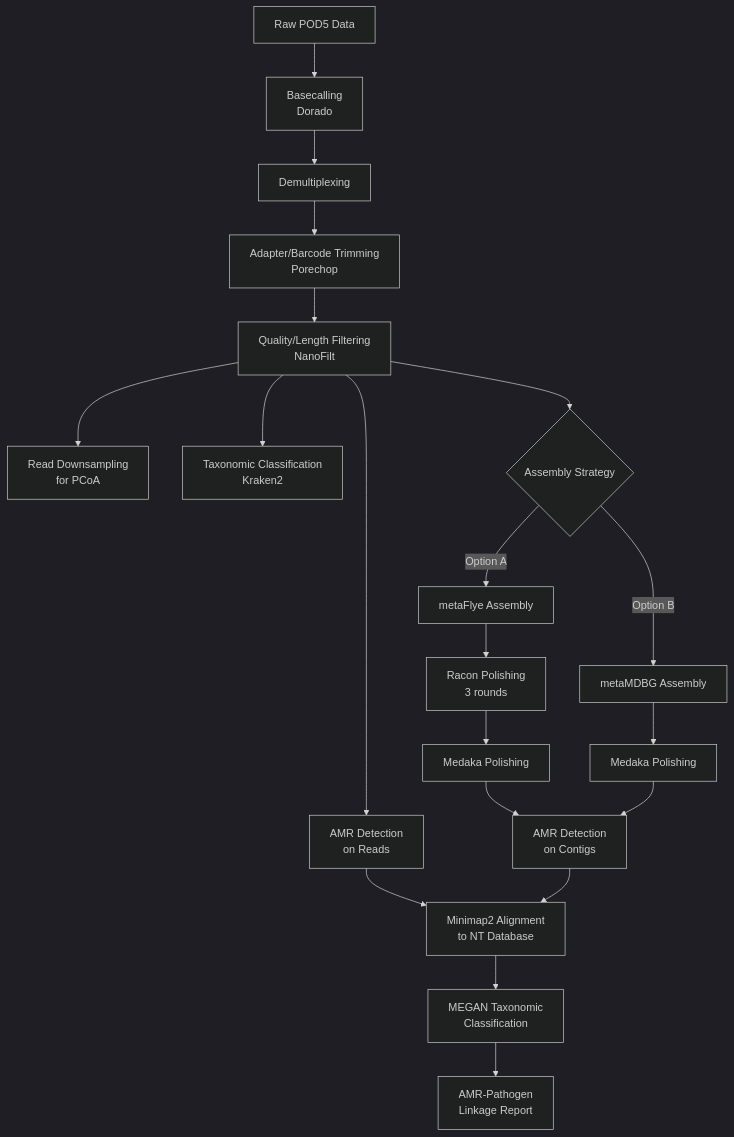
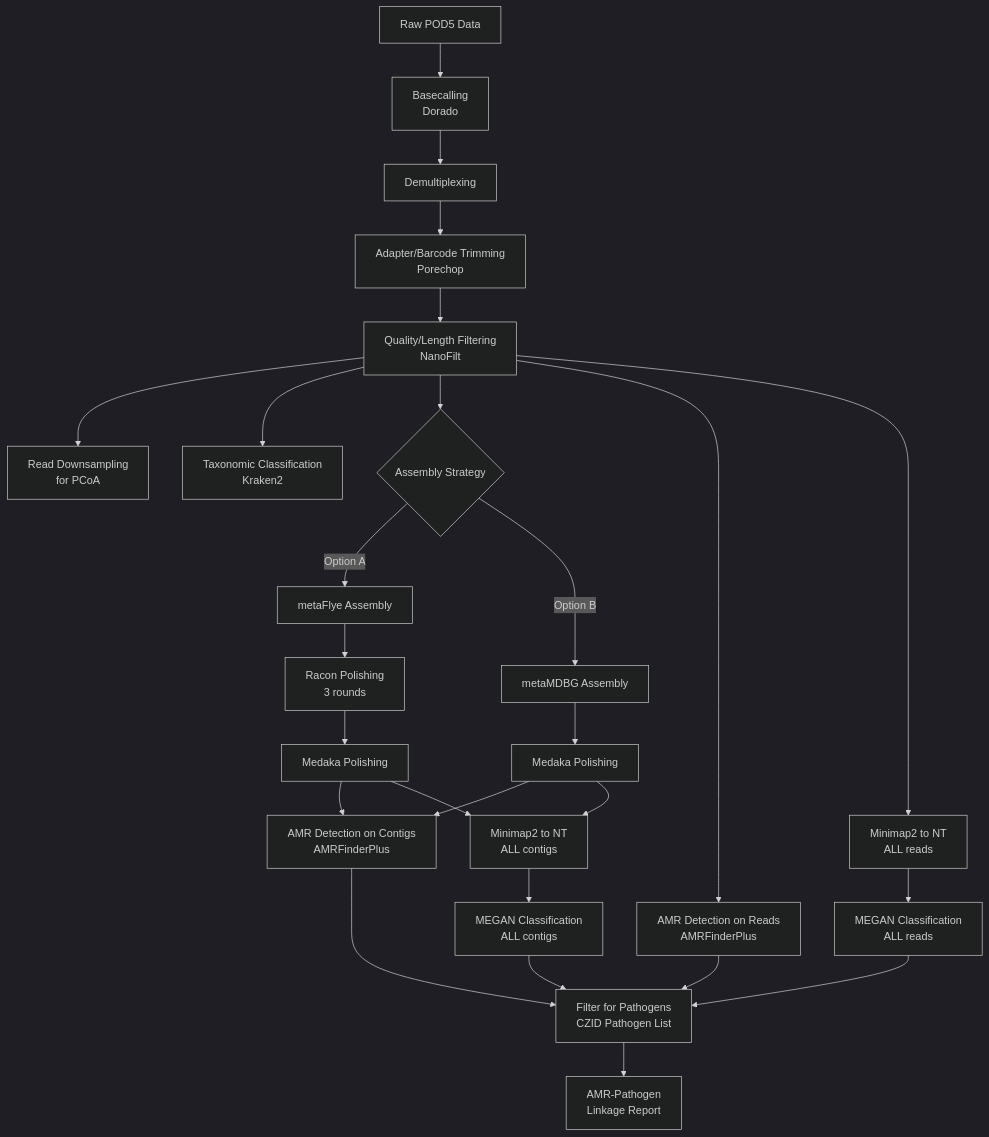
The diagram in dna_shotgun_analysis_pipeline.md (ttmgr/Wetland_Health), drawn with Mermaid (dark theme) before and after one commit.

````diff
--- a/dna_shotgun_analysis_pipeline.md
+++ b/dna_shotgun_analysis_pipeline.md
@@ -35,22 +35,33 @@
 ```mermaid
 graph TD
-    A[Raw POD5 Data] --> B[Basecalling<br/>Dorado]
+     A[Raw POD5 Data] --> B[Basecalling<br/>Dorado]
     B --> C[Demultiplexing]
     C --> D[Adapter/Barcode Trimming<br/>Porechop]
     D --> E[Quality/Length Filtering<br/>NanoFilt]
     E --> F[Read Downsampling<br/>for PCoA]
     E --> G[Taxonomic Classification<br/>Kraken2]
     E --> H{Assembly Strategy}
     H -->|Option A| I[metaFlye Assembly]
     H -->|Option B| J[metaMDBG Assembly]
     I --> K[Racon Polishing<br/>3 rounds]
     K --> L[Medaka Polishing]
     J --> M[Medaka Polishing]
-    E --> N[AMR Detection<br/>on Reads]
-    L --> O[AMR Detection<br/>on Contigs]
+    
+    E --> N[AMR Detection on Reads<br/>AMRFinderPlus]
+    L --> O[AMR Detection on Contigs<br/>AMRFinderPlus]
     M --> O
-    N --> P[Minimap2 Alignment<br/>to NT Database]
-    O --> P
-    P --> Q[MEGAN Taxonomic<br/>Classification]
-    Q --> R[AMR-Pathogen<br/>Linkage Report]
+    
+    E --> P1[Minimap2 to NT<br/>ALL reads]
+    L --> P2[Minimap2 to NT<br/>ALL contigs]
+    M --> P2
+    
+    P1 --> Q1[MEGAN Classification<br/>ALL reads]
+    P2 --> Q2[MEGAN Classification<br/>ALL contigs]
+    
+    Q1 --> R[Filter for Pathogens<br/>CZID Pathogen List]
+    Q2 --> R
+    N --> R
+    O --> R
+    
+    R --> S[AMR-Pathogen<br/>Linkage Report]
 ```
````
